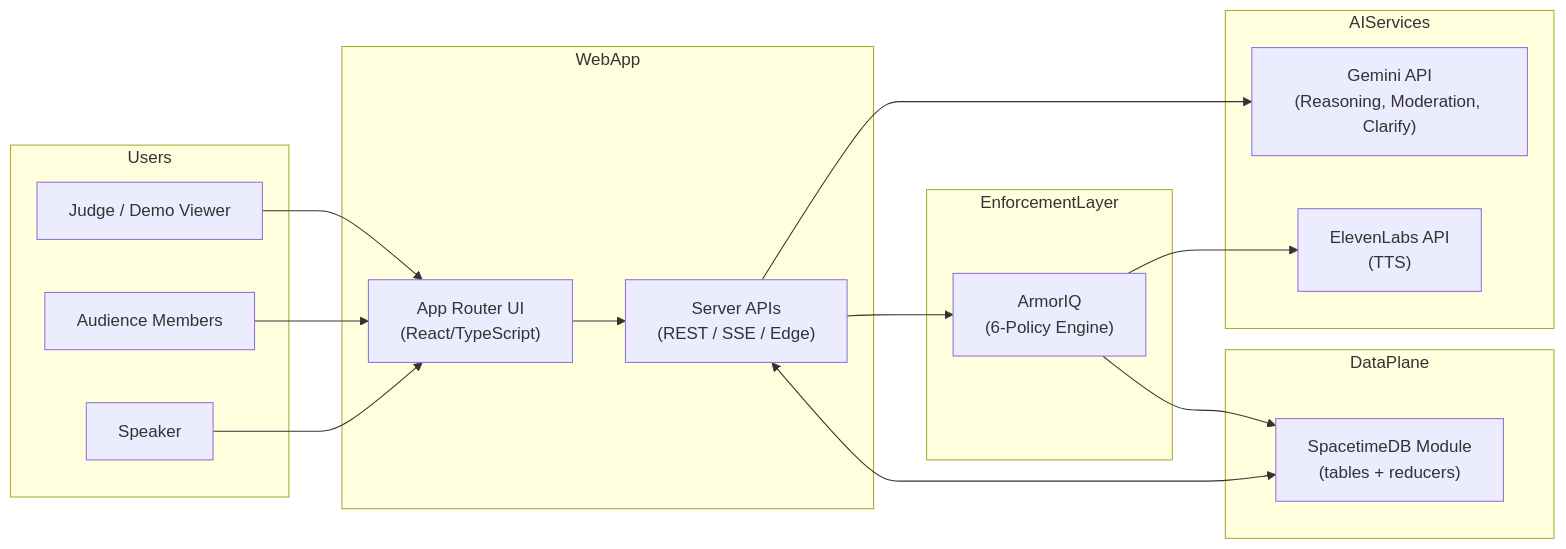
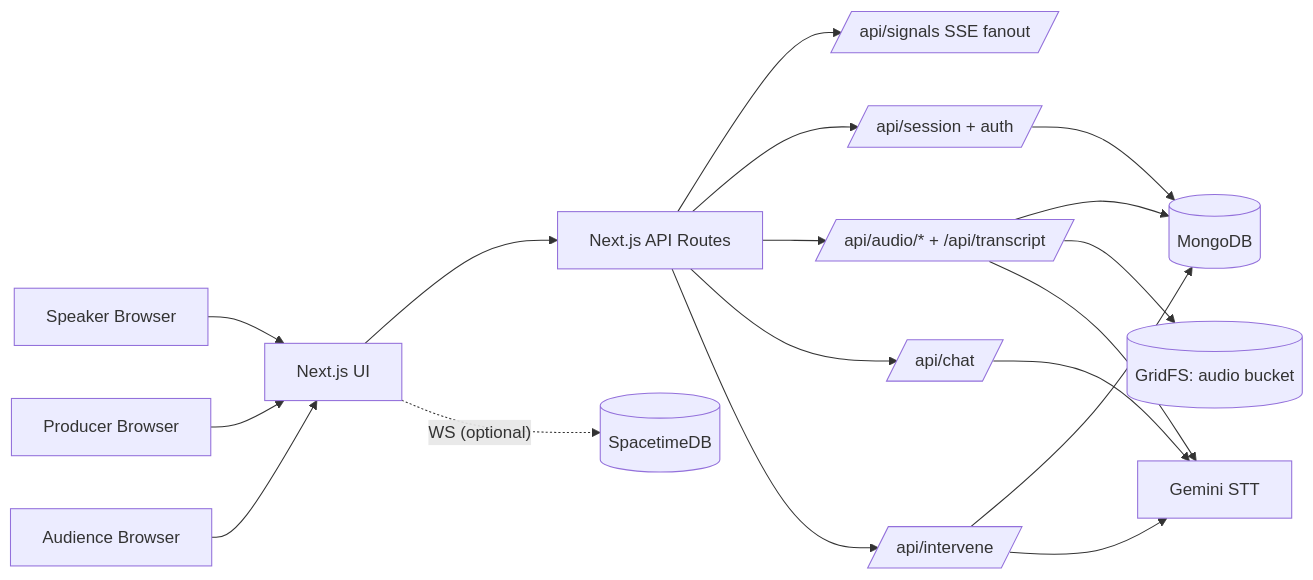
One commit to arvinder004/PULSE_HACKBYTE4.0 changed the first of 8 diagrams in PULSE_ARCHITECTUREPLAN.md. Above: the diagram before and after it, drawn with Mermaid. The commit also changed other lines of this file and 2 other files, not shown here.

````diff
--- a/PULSE_ARCHITECTUREPLAN.md
+++ b/PULSE_ARCHITECTUREPLAN.md
@@ -13,38 +29,26 @@
 ```mermaid
 graph LR
-    subgraph Users
-        Speaker[Speaker]
-        Audience[Audience Members]
-        Judge[Judge / Demo Viewer]
-    end
+  Speaker[Speaker Browser] --> UI[Next.js UI]
+  Producer[Producer Browser] --> UI
+  Audience[Audience Browser] --> UI
 
-    subgraph WebApp
-        UI["App Router UI<br/>(React/TypeScript)"]
-        API["Server APIs<br/>(REST / SSE / Edge)"]
-    end
+  UI --> API[Next.js API Routes]
 
-    subgraph DataPlane
-        STDB["SpacetimeDB Module<br/>(tables + reducers)"]
-    end
+  API --> SSE[/api/signals SSE fanout/]
+  API --> Sess[/api/session + auth/]
+  API --> Audio[/api/audio/* + /api/transcript/]
+  API --> Chat[/api/chat/]
+  API --> Intervene[/api/intervene/]
 
-    subgraph AIServices
-        Gemini["Gemini API<br/>(Reasoning, Moderation, Clarify)"]
-        Eleven["ElevenLabs API<br/>(TTS)"]
-    end
+  Sess --> Mongo[(MongoDB)]
+  Intervene --> Mongo
+  Audio --> Mongo
 
-    subgraph EnforcementLayer
-        ArmorIQ["ArmorIQ<br/>(6-Policy Engine)"]
-    end
+  Audio --> GFS[(GridFS: audio bucket)]
 
-    Speaker --> UI
-    Audience --> UI
-    Judge --> UI
+  Audio --> Gemini[Gemini STT]
+  Chat --> Gemini
+  Intervene --> Gemini
 
-    UI --> API
-    API <--> STDB
-
-    API --> Gemini
-    API --> ArmorIQ
-    ArmorIQ --> Eleven
-    ArmorIQ --> STDB
+  UI -. "WS (optional)" .-> STDB[(SpacetimeDB)]
 ```
````
